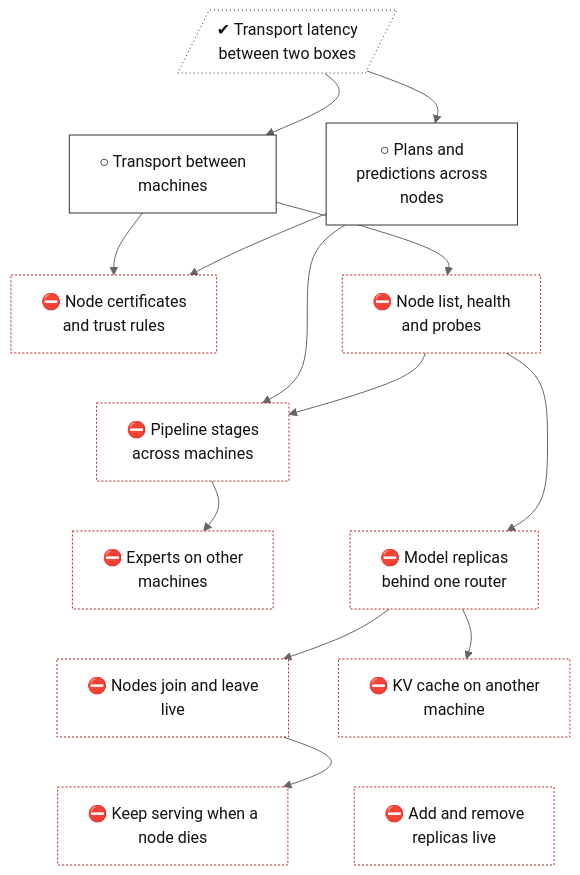
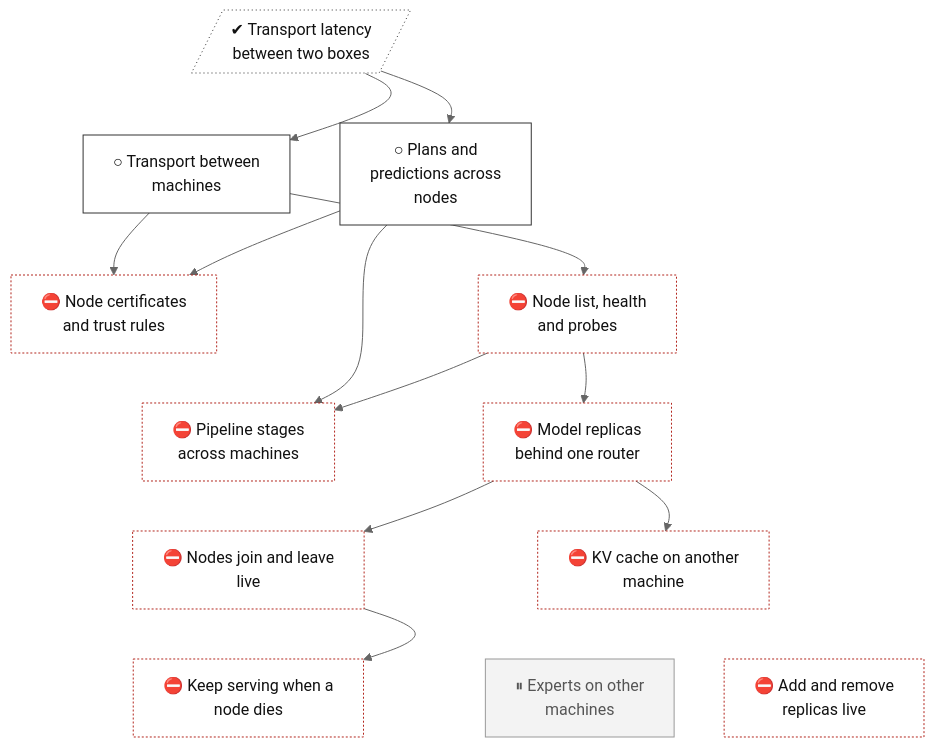
Before and after one commit to lhns/tetraeder: the diagram in docs/roadmap/tracks/cluster.md, drawn with Mermaid (neutral theme). The commit also changed other lines of this file and 7 other files, not shown here.

````diff
--- a/docs/roadmap/tracks/cluster.md
+++ b/docs/roadmap/tracks/cluster.md
@@ -10,56 +10,55 @@
 ```mermaid
 flowchart TB
     cluster_transport_wan[/"✔ Transport latency<br/>between two boxes"/]
     cluster_transport["○ Transport between<br/>machines"]
     cluster_planner["○ Plans and<br/>predictions across<br/>nodes"]
     cluster_mtls["⛔ Node certificates<br/>and trust rules"]
     cluster_discovery["⛔ Node list, health<br/>and probes"]
     cluster_pipeline_nodes["⛔ Pipeline stages<br/>across machines"]
-    cluster_experts_nodes["⛔ Experts on other<br/>machines"]
     cluster_replicas["⛔ Model replicas<br/>behind one router"]
     cluster_join_leave["⛔ Nodes join and leave<br/>live"]
     cluster_remote_kv["⛔ KV cache on another<br/>machine"]
     cluster_failover["⛔ Keep serving when a<br/>node dies"]
+    cluster_experts_nodes["⏸ Experts on other<br/>machines"]
     cluster_replica_scaling["⛔ Add and remove<br/>replicas live"]
     cluster_transport_wan ~~~ cluster_transport
     cluster_transport_wan ~~~ cluster_planner
     cluster_transport ~~~ cluster_mtls
     cluster_planner ~~~ cluster_discovery
     cluster_mtls ~~~ cluster_pipeline_nodes
-    cluster_discovery ~~~ cluster_pipeline_nodes
-    cluster_pipeline_nodes ~~~ cluster_experts_nodes
-    cluster_pipeline_nodes ~~~ cluster_replicas
-    cluster_experts_nodes ~~~ cluster_join_leave
+    cluster_discovery ~~~ cluster_replicas
+    cluster_pipeline_nodes ~~~ cluster_join_leave
     cluster_replicas ~~~ cluster_remote_kv
     cluster_join_leave ~~~ cluster_failover
+    cluster_remote_kv ~~~ cluster_experts_nodes
     cluster_remote_kv ~~~ cluster_replica_scaling
     cluster_transport_wan --> cluster_transport
     cluster_transport_wan --> cluster_planner
     cluster_transport --> cluster_mtls
     cluster_planner --> cluster_mtls
     cluster_transport --> cluster_discovery
     cluster_planner --> cluster_pipeline_nodes
     cluster_discovery --> cluster_pipeline_nodes
-    cluster_pipeline_nodes --> cluster_experts_nodes
     cluster_discovery --> cluster_replicas
     cluster_replicas --> cluster_join_leave
     cluster_replicas --> cluster_remote_kv
     cluster_join_leave --> cluster_failover
     classDef vsucc fill:#2e9e4f,stroke:#1b6b34,color:#fff
     classDef succ fill:#bfe8c8,stroke:#2e9e4f,color:#111
     classDef mixed fill:#ffd37a,stroke:#c98a00,color:#111
     classDef bad fill:#f28b82,stroke:#b3261e,color:#111
     classDef dead fill:#e6e6e6,stroke:#777,stroke-dasharray:5 5,color:#555
     classDef inprog fill:#a8cdf5,stroke:#1f6fc5,color:#111
     classDef next fill:#fff,stroke:#333,color:#111
     classDef blocked fill:#fff,stroke:#b3261e,stroke-dasharray:2 2,color:#111
     classDef parked fill:#f3f3f3,stroke:#999,color:#555
     classDef unrated fill:#fff,stroke:#333,stroke-dasharray:1 3,color:#111
     classDef gate fill:#d9c2f0,stroke:#7b3fb5,color:#111
     classDef decided fill:#ece0f7,stroke:#7b3fb5,stroke-dasharray:2 2,color:#111
     classDef finding fill:#ffe0b2,stroke:#d84315,stroke-width:2px,color:#111
     classDef waiting fill:#e3f2fd,stroke:#1f6fc5,stroke-dasharray:5 5,color:#111
     class cluster_transport_wan unrated
     class cluster_transport,cluster_planner next
-    class cluster_mtls,cluster_discovery,cluster_pipeline_nodes,cluster_experts_nodes,cluster_replicas,cluster_join_leave,cluster_remote_kv,cluster_failover,cluster_replica_scaling blocked
+    class cluster_mtls,cluster_discovery,cluster_pipeline_nodes,cluster_replicas,cluster_join_leave,cluster_remote_kv,cluster_failover,cluster_replica_scaling blocked
+    class cluster_experts_nodes parked
 ```
````
